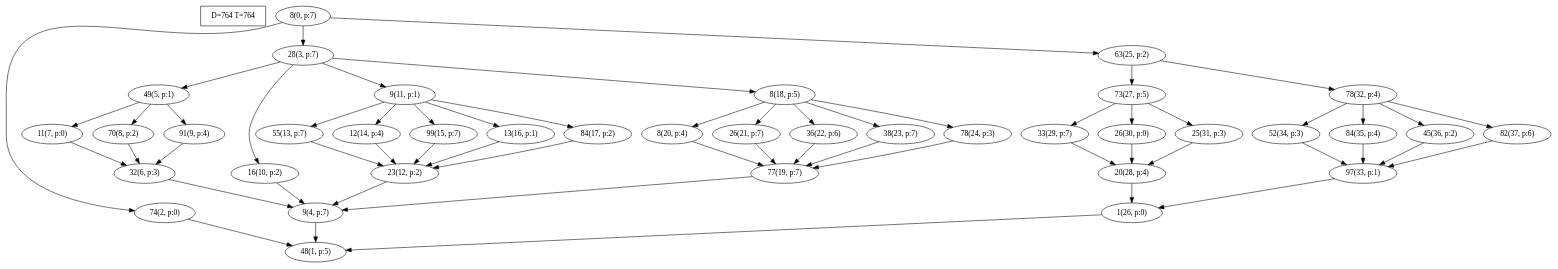
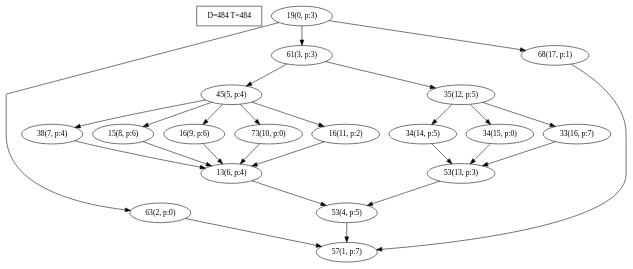
Before and after one commit to gzqx/global-dag-randomization: the diagram in res/generated_dags/taskset_43/task_0.dot, drawn with Graphviz. The commit also changed 402 other files, not shown here.

```diff
--- a/res/generated_dags/taskset_43/task_0.dot
+++ b/res/generated_dags/taskset_43/task_0.dot
@@ -1,99 +1,47 @@
 digraph Task {
-i [shape=box, label="D=764 T=764"]; 
-0 [label="8(0, p:7)"];
-1 [label="48(1, p:5)"];
-2 [label="74(2, p:0)"];
-3 [label="28(3, p:7)"];
-4 [label="9(4, p:7)"];
-5 [label="49(5, p:1)"];
-6 [label="32(6, p:3)"];
-7 [label="11(7, p:0)"];
-8 [label="70(8, p:2)"];
-9 [label="91(9, p:4)"];
-10 [label="16(10, p:2)"];
-11 [label="9(11, p:1)"];
-12 [label="23(12, p:2)"];
-13 [label="55(13, p:7)"];
-14 [label="12(14, p:4)"];
-15 [label="99(15, p:7)"];
-16 [label="13(16, p:1)"];
-17 [label="84(17, p:2)"];
-18 [label="8(18, p:5)"];
-19 [label="77(19, p:7)"];
-20 [label="8(20, p:4)"];
-21 [label="26(21, p:7)"];
-22 [label="36(22, p:6)"];
-23 [label="38(23, p:7)"];
-24 [label="78(24, p:3)"];
-25 [label="63(25, p:2)"];
-26 [label="1(26, p:0)"];
-27 [label="73(27, p:5)"];
-28 [label="20(28, p:4)"];
-29 [label="33(29, p:7)"];
-30 [label="26(30, p:0)"];
-31 [label="25(31, p:3)"];
-32 [label="78(32, p:4)"];
-33 [label="97(33, p:1)"];
-34 [label="52(34, p:3)"];
-35 [label="84(35, p:4)"];
-36 [label="45(36, p:2)"];
-37 [label="82(37, p:6)"];
+i [shape=box, label="D=484 T=484"]; 
+0 [label="19(0, p:3)"];
+1 [label="57(1, p:7)"];
+2 [label="63(2, p:0)"];
+3 [label="61(3, p:3)"];
+4 [label="53(4, p:5)"];
+5 [label="45(5, p:4)"];
+6 [label="13(6, p:4)"];
+7 [label="38(7, p:4)"];
+8 [label="15(8, p:6)"];
+9 [label="16(9, p:6)"];
+10 [label="73(10, p:0)"];
+11 [label="16(11, p:2)"];
+12 [label="35(12, p:5)"];
+13 [label="53(13, p:3)"];
+14 [label="34(14, p:5)"];
+15 [label="34(15, p:0)"];
+16 [label="33(16, p:7)"];
+17 [label="68(17, p:1)"];
 0 -> 2;
 0 -> 3;
-0 -> 25;
+0 -> 17;
 2 -> 1;
 3 -> 5;
-3 -> 10;
-3 -> 11;
-3 -> 18;
+3 -> 12;
 4 -> 1;
 5 -> 7;
 5 -> 8;
 5 -> 9;
+5 -> 10;
+5 -> 11;
 6 -> 4;
 7 -> 6;
 8 -> 6;
 9 -> 6;
-10 -> 4;
-11 -> 13;
-11 -> 14;
-11 -> 15;
-11 -> 16;
-11 -> 17;
-12 -> 4;
-13 -> 12;
-14 -> 12;
-15 -> 12;
-16 -> 12;
-17 -> 12;
-18 -> 20;
-18 -> 21;
-18 -> 22;
-18 -> 23;
-18 -> 24;
-19 -> 4;
-20 -> 19;
-21 -> 19;
-22 -> 19;
-23 -> 19;
-24 -> 19;
-25 -> 27;
-25 -> 32;
-26 -> 1;
-27 -> 29;
-27 -> 30;
-27 -> 31;
-28 -> 26;
-29 -> 28;
-30 -> 28;
-31 -> 28;
-32 -> 34;
-32 -> 35;
-32 -> 36;
-32 -> 37;
-33 -> 26;
-34 -> 33;
-35 -> 33;
-36 -> 33;
-37 -> 33;
+10 -> 6;
+11 -> 6;
+12 -> 14;
+12 -> 15;
+12 -> 16;
+13 -> 4;
+14 -> 13;
+15 -> 13;
+16 -> 13;
+17 -> 1;
 }
```
